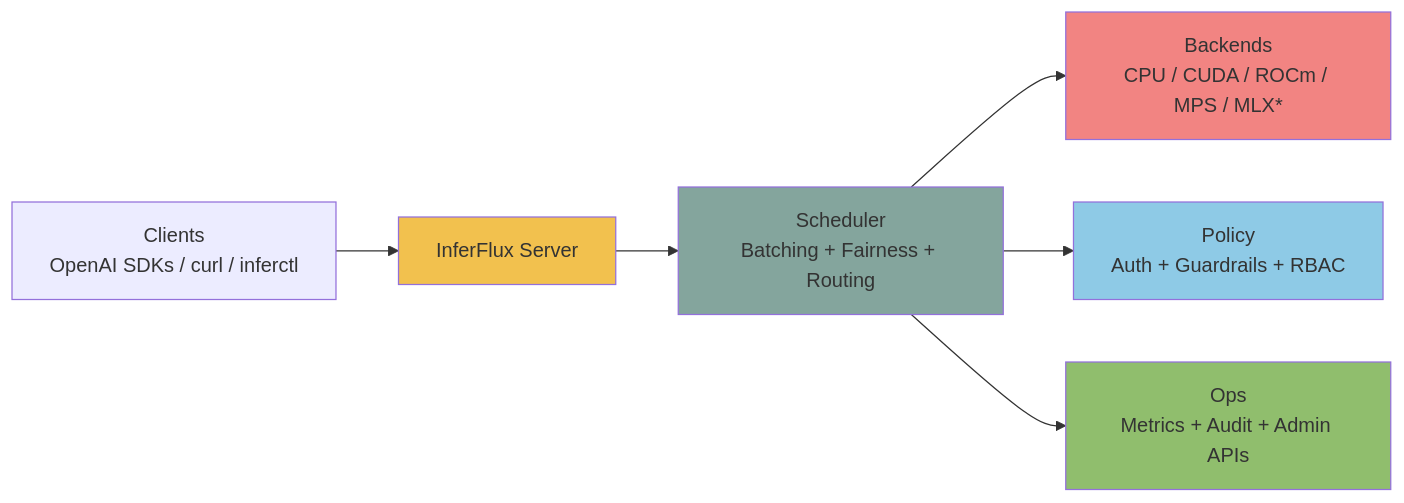
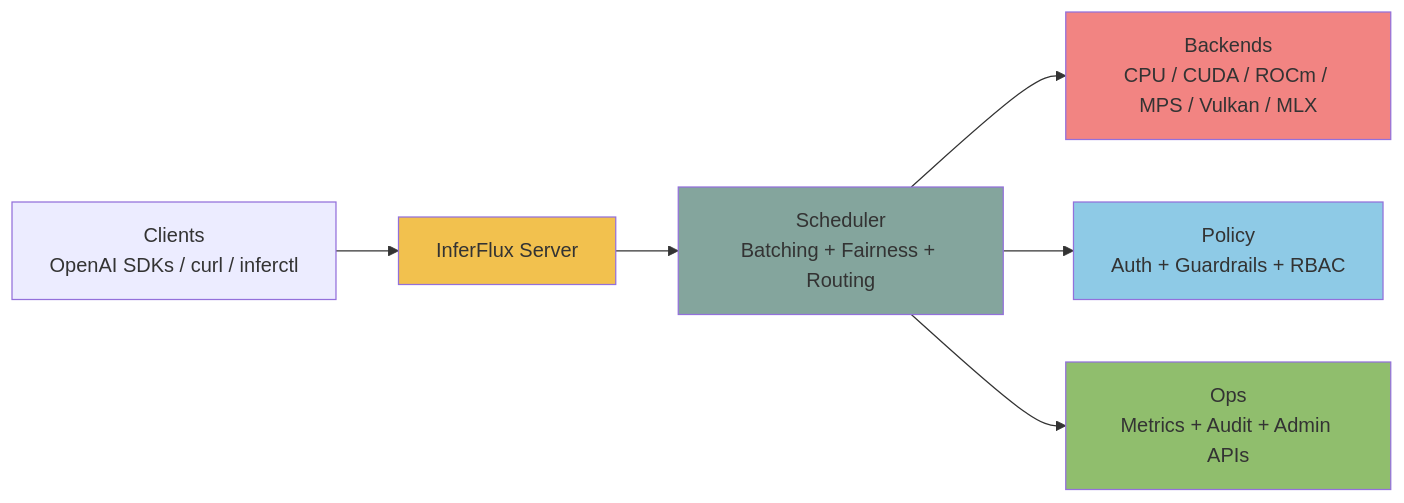
The first of 2 diagrams in README.md (vjsingh1984/inferflux), drawn with Mermaid before and after one commit. The commit also changed other lines of this file and 27 other files, not shown here.

````diff
--- a/README.md
+++ b/README.md
@@ -5,14 +5,14 @@
 ```mermaid
 graph LR
     A[Clients\nOpenAI SDKs / curl / inferctl] --> B[InferFlux Server]
     B --> C[Scheduler\nBatching + Fairness + Routing]
-    C --> D[Backends\nCPU / CUDA / ROCm / MPS / MLX*]
+    C --> D[Backends\nCPU / CUDA / ROCm / MPS / Vulkan / MLX]
     C --> E[Policy\nAuth + Guardrails + RBAC]
     C --> F[Ops\nMetrics + Audit + Admin APIs]
 
     style B fill:#f2c14e
     style C fill:#84a59d
     style D fill:#f28482
     style E fill:#8ecae6
     style F fill:#90be6d
 ```
````
